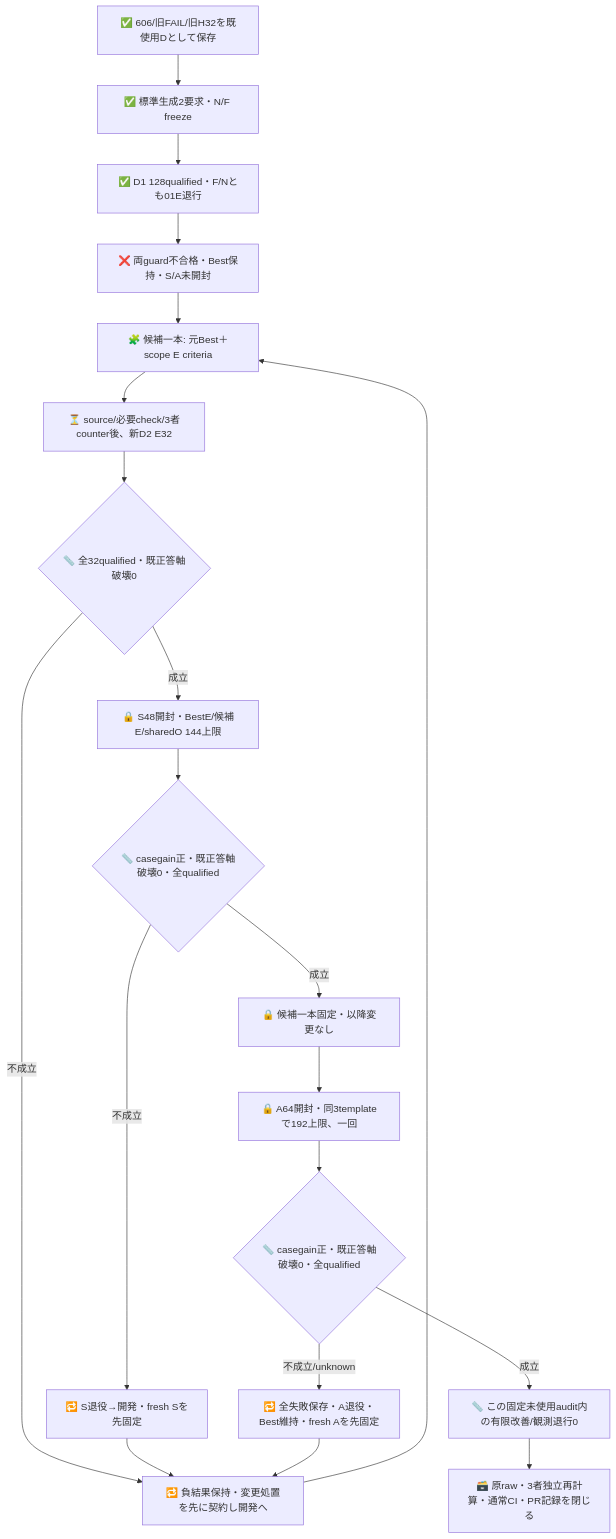
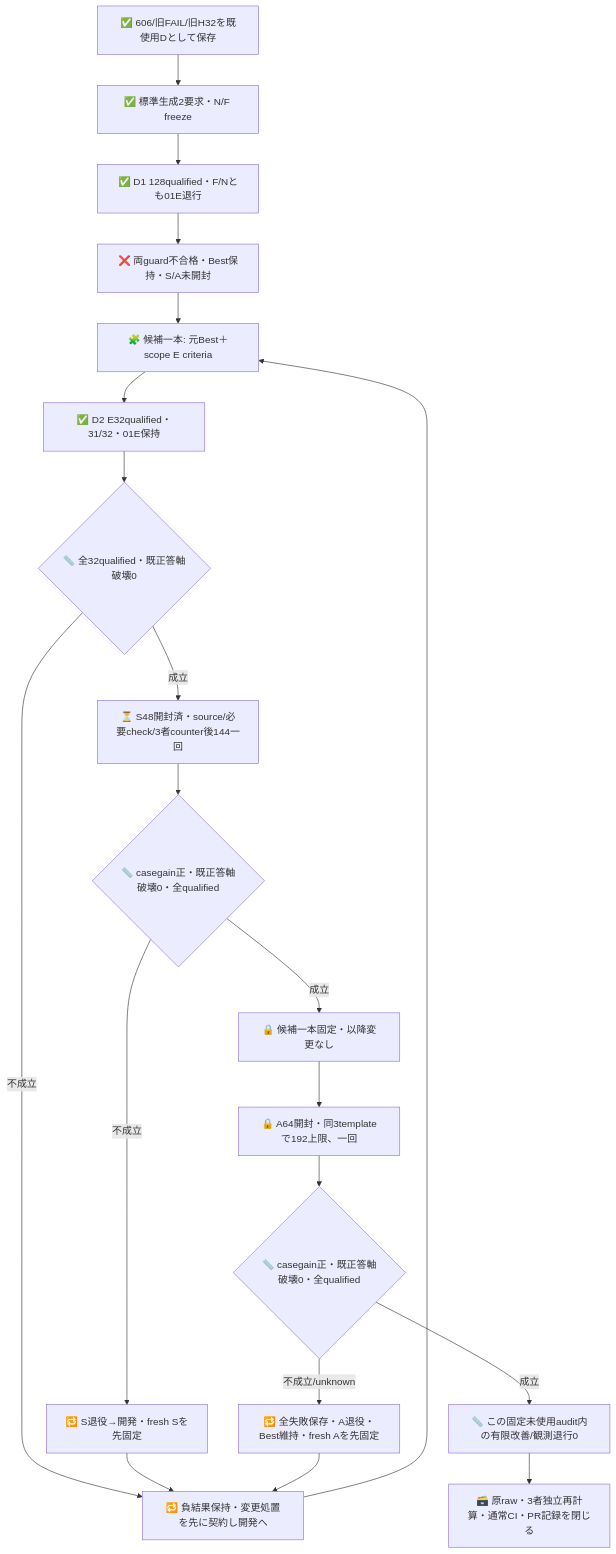
Before and after one commit to roccho-org/ops: the second of 2 diagrams in experiments/sys1-eval-loop/regression/README.md, drawn with Mermaid. The commit also changed other lines of this file and 14 other files, not shown here.

````diff
--- a/experiments/sys1-eval-loop/regression/README.md
+++ b/experiments/sys1-eval-loop/regression/README.md
@@ -58,22 +62,22 @@
 ```mermaid
 flowchart TB
   A["✅ 606/旧FAIL/旧H32を既使用Dとして保存"] --> B["✅ 標準生成2要求・N/F freeze"]
   B --> D1["✅ D1 128qualified・F/Nとも01E退行"]
   D1 --> J1["❌ 両guard不合格・Best保持・S/A未開封"]
   J1 --> C["🧩 候補一本: 元Best＋scope E criteria"]
-  C --> V["⏳ source/必要check/3者counter後、新D2 E32"]
+  C --> V["✅ D2 E32qualified・31/32・01E保持"]
   V --> G{"📏 全32qualified・既正答軸破壊0"}
   G -->|不成立| R["🔁 負結果保持・変更処置を先に契約し開発へ"]
   R --> C
-  G -->|成立| S["🔒 S48開封・BestE/候補E/sharedO 144上限"]
+  G -->|成立| S["⏳ S48開封済・source/必要check/3者counter後144一回"]
   S --> SG{"📏 casegain正・既正答軸破壊0・全qualified"}
   SG -->|不成立| SD["🔁 S退役→開発・fresh Sを先固定"]
   SD --> R
   SG -->|成立| F["🔒 候補一本固定・以降変更なし"]
   F --> H["🔒 A64開封・同3templateで192上限、一回"]
   H --> Q{"📏 casegain正・既正答軸破壊0・全qualified"}
   Q -->|成立| P["📏 この固定未使用audit内の有限改善/観測退行0"]
   Q -->|不成立/unknown| N["🔁 全失敗保存・A退役・Best維持・fresh Aを先固定"]
   N --> R
   P --> Z["🗃️ 原raw・3者独立再計算・通常CI・PR記録を閉じる"]
 ```
````
